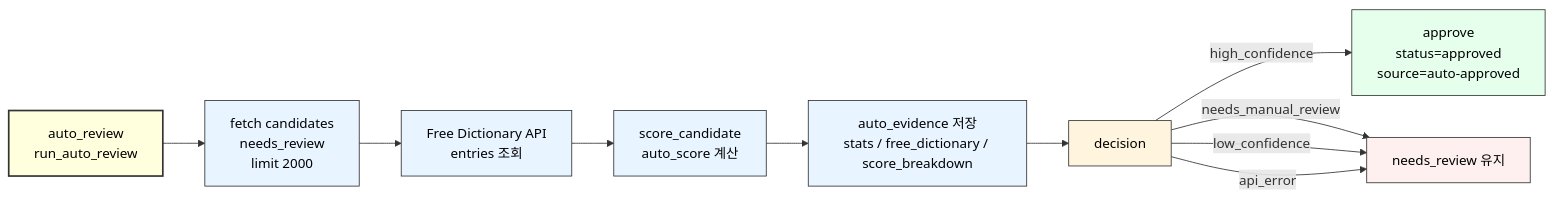
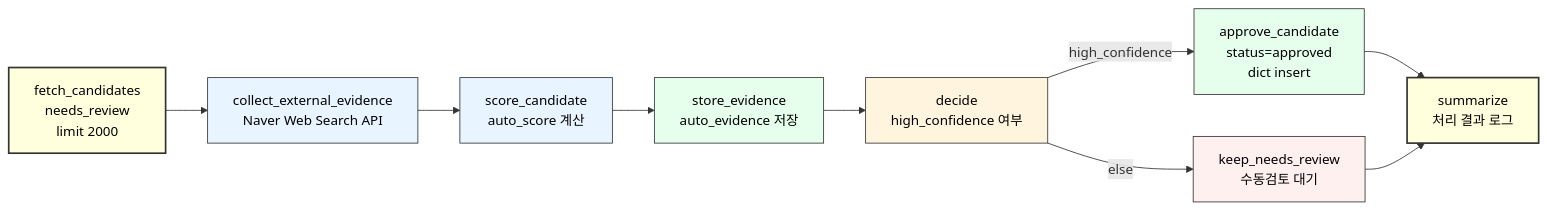
The fifth of 6 diagrams in docs/develop/Q3_AIRFLOW_DAG.md (yeongmin-yu/news-trend-pipeline-dev), drawn with Mermaid before and after one commit. The commit also changed other lines of this file, not shown here.

````diff
--- a/docs/develop/Q3_AIRFLOW_DAG.md
+++ b/docs/develop/Q3_AIRFLOW_DAG.md
@@ -126,21 +377,20 @@
 ```mermaid
 flowchart LR
-    A["auto_review<br/>run_auto_review"] --> B["fetch candidates<br/>needs_review<br/>limit 2000"]
-    B --> C["Free Dictionary API<br/>entries 조회"]
-    C --> D["score_candidate<br/>auto_score 계산"]
-    D --> E["auto_evidence 저장<br/>stats / free_dictionary / score_breakdown"]
-    E --> F["decision"]
-    F -->|"high_confidence"| G["approve<br/>status=approved<br/>source=auto-approved"]
-    F -->|"needs_manual_review"| H["needs_review 유지"]
-    F -->|"low_confidence"| H
-    F -->|"api_error"| H
+    A["fetch_candidates<br/>needs_review<br/>limit 2000"] --> B["collect_external_evidence<br/>Naver Web Search API"]
+    B --> C["score_candidate<br/>auto_score 계산"]
+    C --> D["store_evidence<br/>auto_evidence 저장"]
+    D --> E["decide<br/>high_confidence 여부"]
+    E -->|"high_confidence"| F["approve_candidate<br/>status=approved<br/>dict insert"]
+    E -->|"else"| G["keep_needs_review<br/>수동검토 대기"]
+    F --> H["summarize<br/>처리 결과 로그"]
+    G --> H
 
     style A fill:#ffffde,stroke:#333,stroke-width:2px,color:black
     style B fill:#e8f4ff,stroke:#333,stroke-width:1px,color:black
     style C fill:#e8f4ff,stroke:#333,stroke-width:1px,color:black
-    style D fill:#e8f4ff,stroke:#333,stroke-width:1px,color:black
-    style E fill:#e8f4ff,stroke:#333,stroke-width:1px,color:black
-    style F fill:#fff4de,stroke:#333,stroke-width:1px,color:black
-    style G fill:#e6ffed,stroke:#333,stroke-width:1px,color:black
-    style H fill:#fff0f0,stroke:#333,stroke-width:1px,color:black
+    style D fill:#e6ffed,stroke:#333,stroke-width:1px,color:black
+    style E fill:#fff4de,stroke:#333,stroke-width:1px,color:black
+    style F fill:#e6ffed,stroke:#333,stroke-width:1px,color:black
+    style G fill:#fff0f0,stroke:#333,stroke-width:1px,color:black
+    style H fill:#ffffde,stroke:#333,stroke-width:2px,color:black
 ```
````
